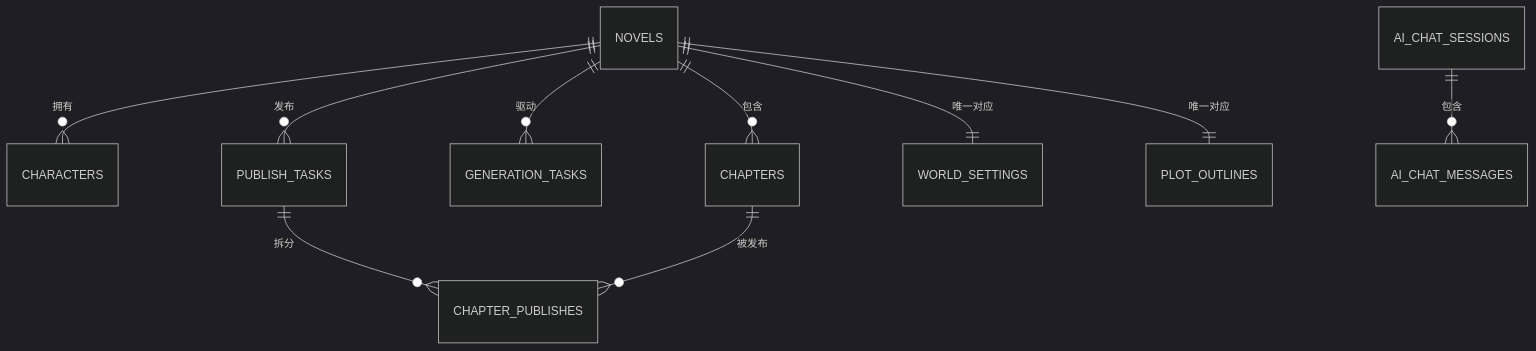
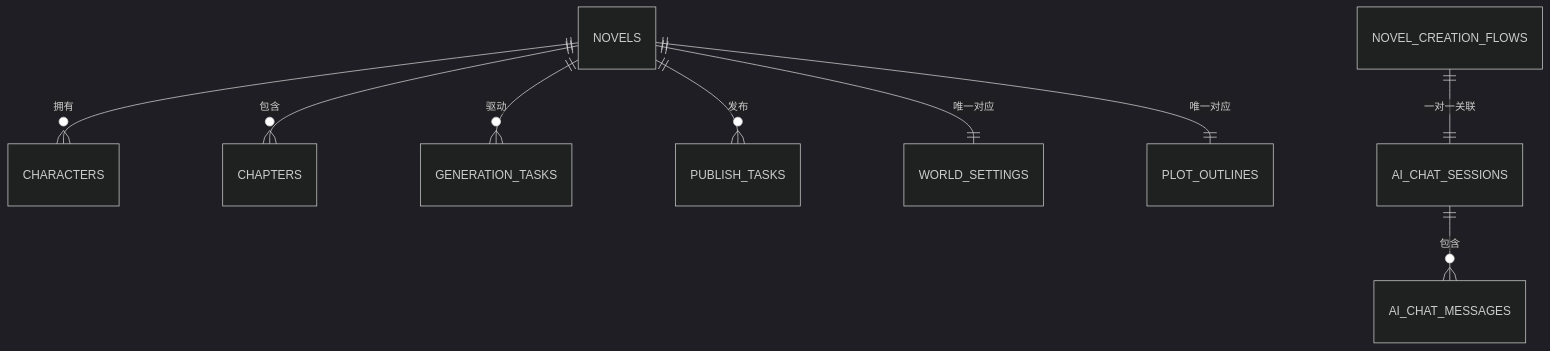
The sixth of 11 diagrams in .qoder/repowiki/zh/content/后端架构/数据库设计.md (xfbyxq/ai-novel-system), drawn with Mermaid (dark theme) before and after one commit. The commit also changed other lines of this file and 84 other files, not shown here.

````diff
--- a/.qoder/repowiki/zh/content/后端架构/数据库设计.md
+++ b/.qoder/repowiki/zh/content/后端架构/数据库设计.md
@@ -343,12 +381,11 @@
 ```mermaid
 erDiagram
 NOVELS ||--o{ CHARACTERS : "拥有"
 NOVELS ||--o{ CHAPTERS : "包含"
 NOVELS ||--o{ GENERATION_TASKS : "驱动"
 NOVELS ||--o{ PUBLISH_TASKS : "发布"
 NOVELS ||--|| WORLD_SETTINGS : "唯一对应"
 NOVELS ||--|| PLOT_OUTLINES : "唯一对应"
-PUBLISH_TASKS ||--o{ CHAPTER_PUBLISHES : "拆分"
-CHAPTERS ||--o{ CHAPTER_PUBLISHES : "被发布"
 AI_CHAT_SESSIONS ||--o{ AI_CHAT_MESSAGES : "包含"
+NOVEL_CREATION_FLOWS ||--|| AI_CHAT_SESSIONS : "一对一关联"
 ```
````
